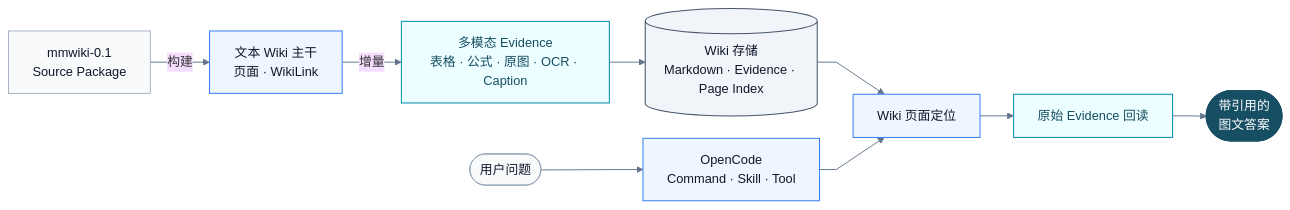
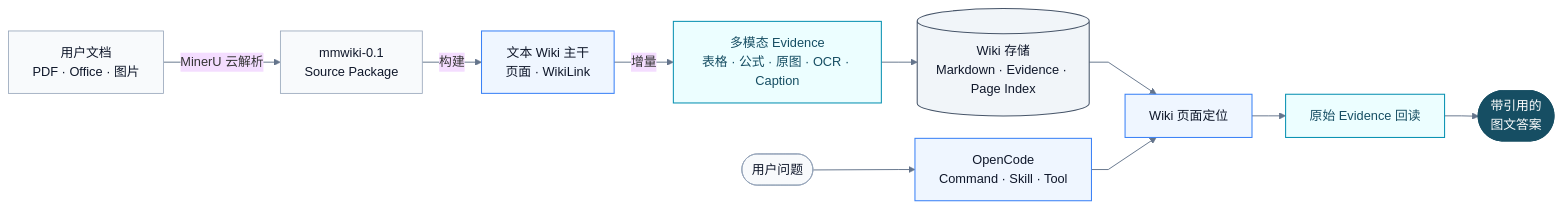
The first of 3 diagrams in README.md (yooa722/multimodal-llm-wiki), drawn with Mermaid before and after one commit. The commit also changed other lines of this file and 2409 other files, not shown here.

````diff
--- a/README.md
+++ b/README.md
@@ -47,25 +49,26 @@
 ```mermaid
 %%{init: {"theme":"base","flowchart":{"curve":"linear","nodeSpacing":28,"rankSpacing":42},"themeVariables":{"fontFamily":"Inter, -apple-system, BlinkMacSystemFont, Segoe UI, sans-serif"}}}%%
 flowchart LR
-    SRC["mmwiki-0.1<br/>Source Package"] -->|"构建"| BASE["文本 Wiki 主干<br/>页面 · WikiLink"]
+    DOC["用户文档<br/>PDF · Office · 图片"] -->|"MinerU 云解析"| SRC["mmwiki-0.1<br/>Source Package"]
+    SRC -->|"构建"| BASE["文本 Wiki 主干<br/>页面 · WikiLink"]
     BASE -->|"增量"| MM["多模态 Evidence<br/>表格 · 公式 · 原图 · OCR · Caption"]
     MM --> STORE[("Wiki 存储<br/>Markdown · Evidence · Page Index")]
     STORE --> PAGE
     PAGE["Wiki 页面定位"] --> EVIDENCE["原始 Evidence 回读"]
     EVIDENCE --> ANSWER(["带引用的<br/>图文答案"])
 
     USER(["用户问题"]) --> OC["OpenCode<br/>Command · Skill · Tool"]
     OC --> PAGE
 
-    class SRC,USER neutral
+    class DOC,SRC,USER neutral
     class BASE,OC,PAGE core
     class MM,EVIDENCE multimodal
     class STORE storage
     class ANSWER result
     classDef neutral fill:#F8FAFC,stroke:#94A3B8,color:#0F172A,stroke-width:1px
     classDef core fill:#EFF6FF,stroke:#3B82F6,color:#0F172A,stroke-width:1.3px
     classDef multimodal fill:#ECFEFF,stroke:#0891B2,color:#164E63,stroke-width:1.3px
     classDef storage fill:#F1F5F9,stroke:#475569,color:#0F172A,stroke-width:1.3px
     classDef result fill:#164E63,stroke:#164E63,color:#FFFFFF,stroke-width:1.3px
     linkStyle default stroke:#64748B,stroke-width:1.2px
 ```
````
